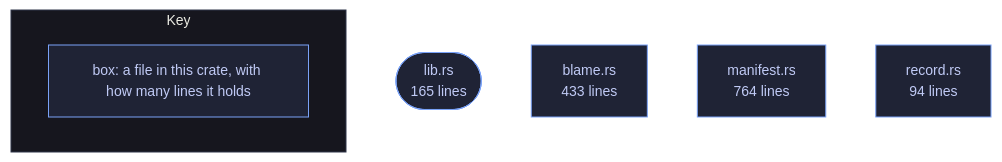
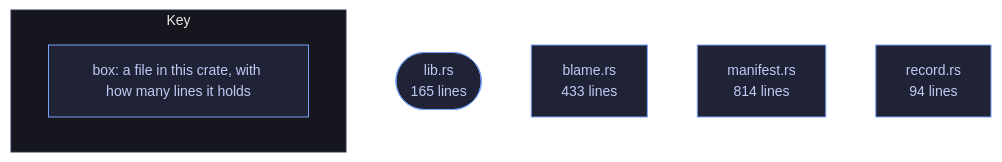
Before and after one commit to tilas01/veilvoice: the diagram in crates/veilvoice-guard/README.md, drawn with Mermaid. The commit also changed other lines of this file and 514 other files, not shown here.

````diff
--- a/crates/veilvoice-guard/README.md
+++ b/crates/veilvoice-guard/README.md
@@ -107,16 +107,16 @@
 ```mermaid
 %%{init: {"theme":"base","themeVariables":{"background":"#1a1b26","primaryColor":"#1f2335","primaryTextColor":"#c0caf5","primaryBorderColor":"#7aa2f7","secondaryColor":"#16161e","tertiaryColor":"#16161e","lineColor":"#737aa2","textColor":"#c0caf5","mainBkg":"#1f2335","nodeBorder":"#7aa2f7","clusterBkg":"#16161e","clusterBorder":"#2f3549","fontFamily":"ui-monospace, SFMono-Regular, Consolas, monospace","fontSize":"14px"}}}%%
 flowchart TD
     n_lib(["lib.rs<br/>165 lines"])
     n_blame["blame.rs<br/>433 lines"]
-    n_manifest["manifest.rs<br/>764 lines"]
+    n_manifest["manifest.rs<br/>814 lines"]
     n_record["record.rs<br/>94 lines"]
     click n_lib href "https://github.com/tilas01/veilvoice/blob/main/crates/veilvoice-guard/src/lib.rs" "open the source"
     click n_blame href "https://github.com/tilas01/veilvoice/blob/main/crates/veilvoice-guard/src/blame.rs" "open the source"
     click n_manifest href "https://github.com/tilas01/veilvoice/blob/main/crates/veilvoice-guard/src/manifest.rs" "open the source"
     click n_record href "https://github.com/tilas01/veilvoice/blob/main/crates/veilvoice-guard/src/record.rs" "open the source"
     subgraph chart_key ["Key"]
         direction LR
         key_box["box: a file in this crate, with how many lines it holds"]
     end
 ```
````
